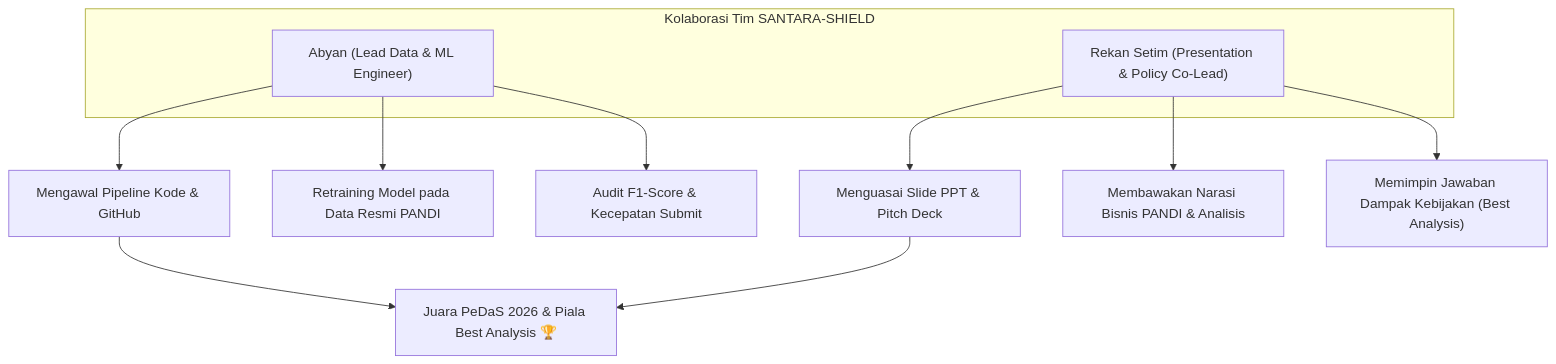
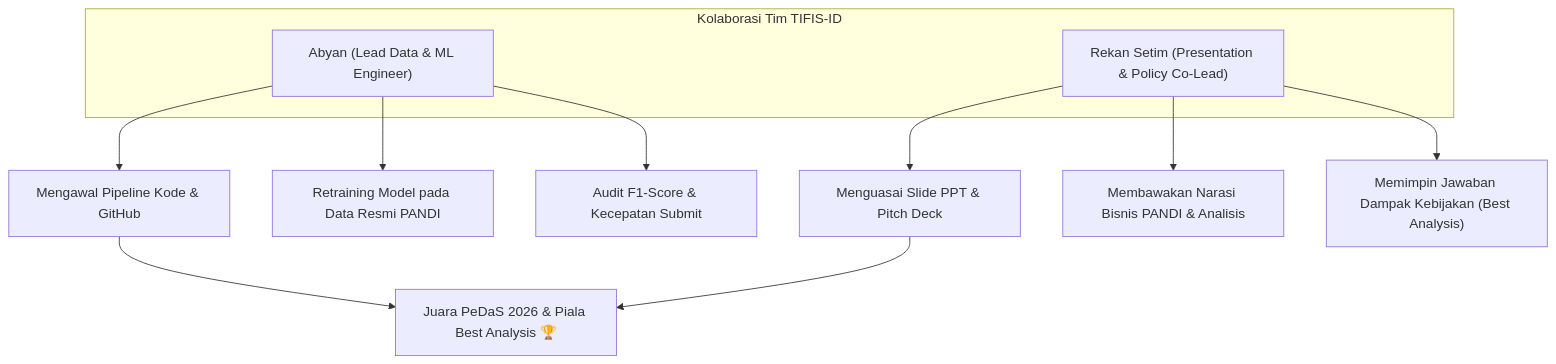
One commit to caerdfasgrae/PEDAS-2026 changed the diagram in docs/BRIEFING_LOMBA_DAN_TIM.md. Above: the diagram before and after it, drawn with Mermaid. The commit also changed other lines of this file and 8 other files, not shown here.

````diff
--- a/docs/BRIEFING_LOMBA_DAN_TIM.md
+++ b/docs/BRIEFING_LOMBA_DAN_TIM.md
@@ -141,17 +141,17 @@
 ```mermaid
 flowchart TD
-    subgraph Tim ["Kolaborasi Tim SANTARA-SHIELD"]
+    subgraph Tim ["Kolaborasi Tim TIFIS-ID"]
         A["Abyan (Lead Data & ML Engineer)"]
         B["Rekan Setim (Presentation & Policy Co-Lead)"]
     end
     
     A --> A1["Mengawal Pipeline Kode & GitHub"]
     A --> A2["Retraining Model pada Data Resmi PANDI"]
     A --> A3["Audit F1-Score & Kecepatan Submit"]
     
     B --> B1["Menguasai Slide PPT & Pitch Deck"]
     B --> B2["Membawakan Narasi Bisnis PANDI & Analisis"]
     B --> B3["Memimpin Jawaban Dampak Kebijakan (Best Analysis)"]
     
     A1 & B1 --> C["Juara PeDaS 2026 & Piala Best Analysis 🏆"]
 ```
````
